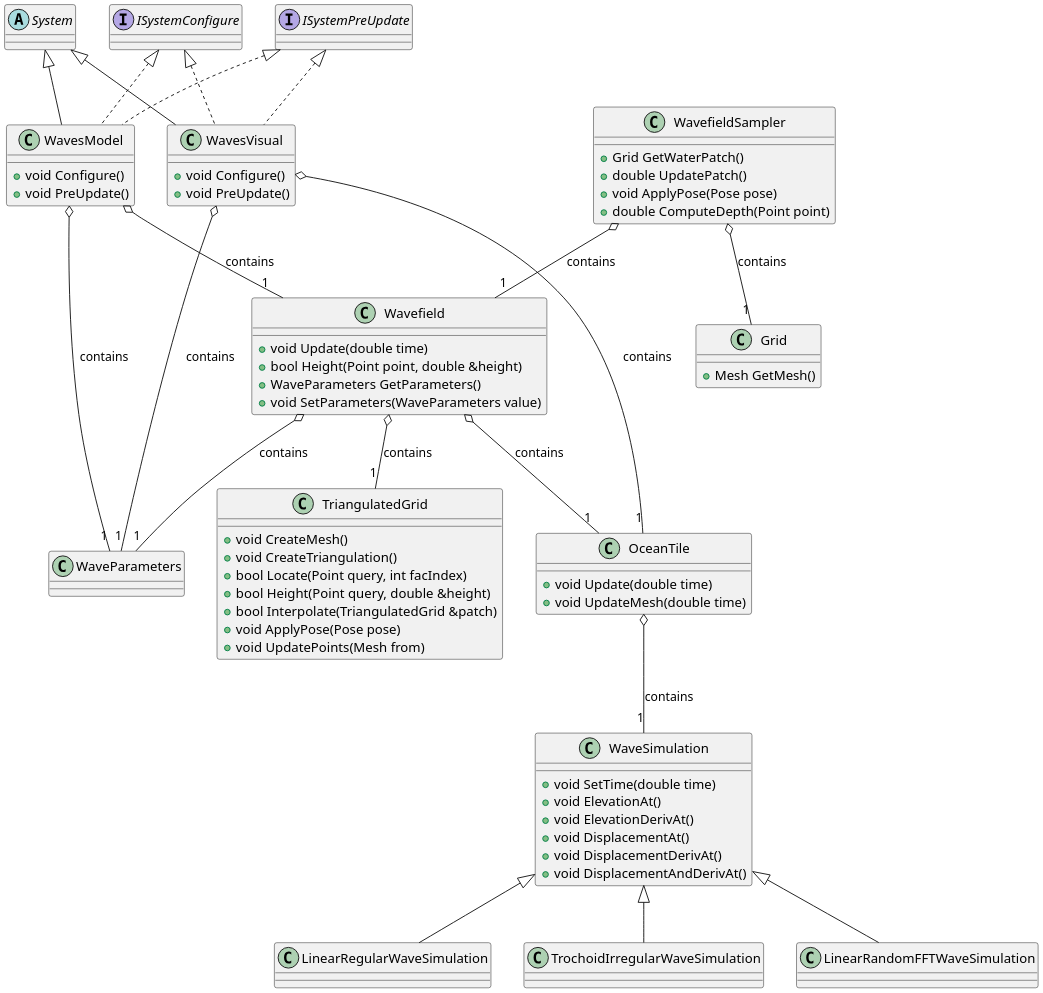
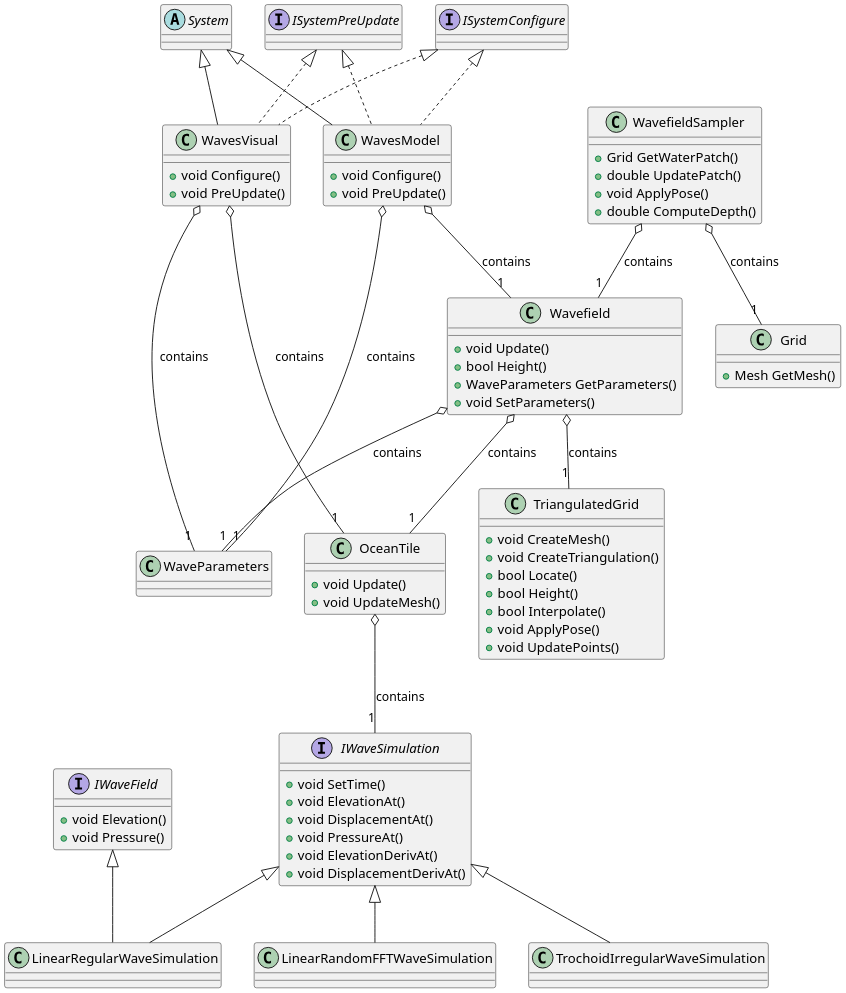
Before and after one commit to srmainwaring/asv_wave_sim: the diagram in doc/uml/waves.puml, drawn with PlantUML. The commit also changed 1 other file, not shown here.

Commit message:
Waves: update UML diagram

```diff
--- a/doc/uml/waves.puml
+++ b/doc/uml/waves.puml
@@ -1,113 +1,119 @@
 @startuml Wavefield
 
 scale 2
 
 ' class Point {
 ' }
 
 ' class Pose {
 ' }
 
 '-------------------------------------------------
 class Grid {
   + Mesh GetMesh()
 }
 
 class TriangulatedGrid {
   + void CreateMesh()
   + void CreateTriangulation()
-  + bool Locate(Point query, int facIndex)
-  + bool Height(Point query, double &height)
-  + bool Interpolate(TriangulatedGrid &patch)
-  + void ApplyPose(Pose pose)
-  + void UpdatePoints(Mesh from)
+  + bool Locate()
+  + bool Height()
+  + bool Interpolate()
+  + void ApplyPose()
+  + void UpdatePoints()
 }
 
 '-------------------------------------------------
 class WaveParameters {
 }
 
 class Wavefield {
-   + void Update(double time)
-   + bool Height(Point point, double &height)
+   + void Update()
+   + bool Height()
    + WaveParameters GetParameters()
-   + void SetParameters(WaveParameters value)
+   + void SetParameters()
 }
 
 Wavefield o-- "1" OceanTile : contains
 Wavefield o-- "1" TriangulatedGrid : contains
 Wavefield o-- "1" WaveParameters : contains
 
 class WavefieldSampler {
    + Grid GetWaterPatch()
    + double UpdatePatch()
-   + void ApplyPose(Pose pose)
-   + double ComputeDepth(Point point)
+   + void ApplyPose()
+   + double ComputeDepth()
 }
 
 WavefieldSampler o-- "1" Wavefield : contains
 WavefieldSampler o-- "1" Grid : contains
 
 class OceanTile {
-  + void Update(double time)
-  + void UpdateMesh(double time)
+  + void Update()
+  + void UpdateMesh()
 }
 
-OceanTile o-- "1" WaveSimulation : contains
+OceanTile o-- "1" IWaveSimulation : contains
 
 '-------------------------------------------------
-class WaveSimulation {
-  + void SetTime(double time)
+interface IWaveField {
+  + void Elevation()
+  + void Pressure()
+}
+
+interface IWaveSimulation {
+  + void SetTime()
   + void ElevationAt()
+  + void DisplacementAt()
+  + void PressureAt()
   + void ElevationDerivAt()
-  + void DisplacementAt()
   + void DisplacementDerivAt()
-  + void DisplacementAndDerivAt()
 }
 
 class LinearRegularWaveSimulation {
 }
 
-WaveSimulation <|-- LinearRegularWaveSimulation 
+IWaveField <|-- LinearRegularWaveSimulation
+IWaveSimulation <|-- LinearRegularWaveSimulation
 
 class TrochoidIrregularWaveSimulation {
 }
 
-WaveSimulation <|-- TrochoidIrregularWaveSimulation 
+IWaveSimulation <|-- TrochoidIrregularWaveSimulation
 
 class LinearRandomFFTWaveSimulation {
 }
 
-WaveSimulation <|-- LinearRandomFFTWaveSimulation 
+IWaveSimulation <|-- LinearRandomFFTWaveSimulation
 
 '-------------------------------------------------
 abstract class System
 interface ISystemConfigure
 interface ISystemPreUpdate
 
 class WavesModel {
   + void Configure()
   + void PreUpdate()
 }
 
 System <|-- WavesModel
 ISystemConfigure <|-[dashed]- WavesModel
 ISystemPreUpdate <|-[dashed]- WavesModel
 
 WavesModel o-- "1" Wavefield : contains
 WavesModel o-- "1" WaveParameters : contains
 
 class WavesVisual {
   + void Configure()
   + void PreUpdate()
 }
  
 System <|-- WavesVisual
 ISystemConfigure <|-[dashed]- WavesVisual
 ISystemPreUpdate <|-[dashed]- WavesVisual
 
 WavesVisual o-- "1" OceanTile : contains
 WavesVisual o-- "1" WaveParameters : contains
 
 
 @enduml
```
